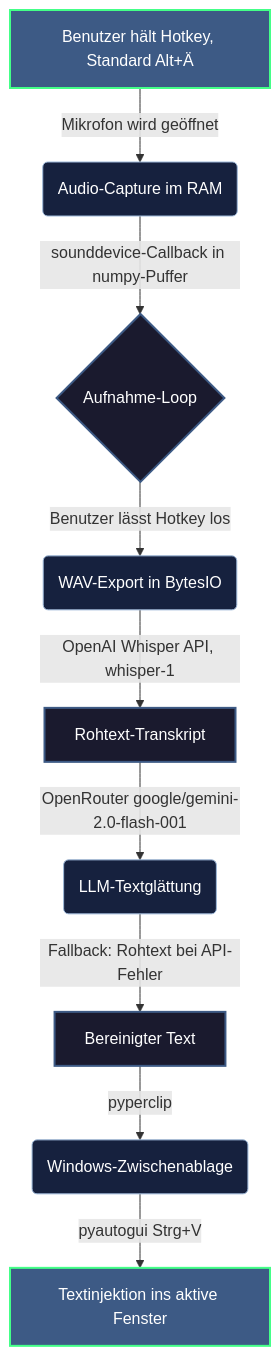
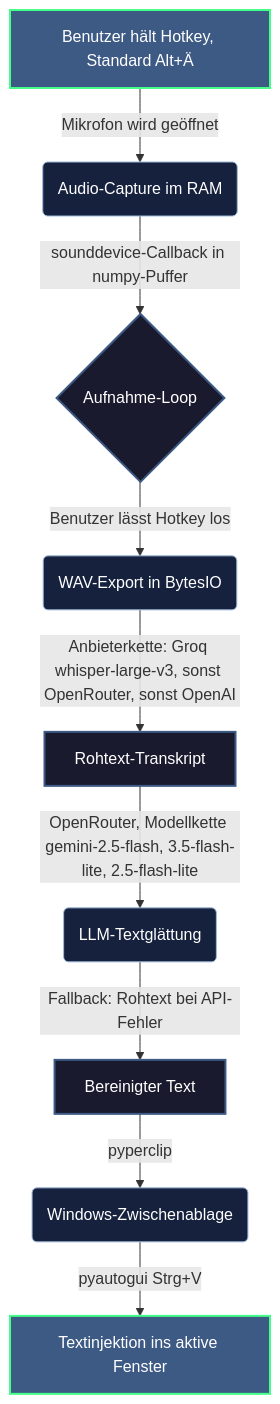
Before and after one commit to HeartledAgentEngineer/it-ot-agentic-engineering: the diagram in 02_Softwareentwicklung_IT/typeFREE/README.md, drawn with Mermaid. The commit also changed other lines of this file and 7 other files, not shown here.

````diff
--- a/02_Softwareentwicklung_IT/typeFREE/README.md
+++ b/02_Softwareentwicklung_IT/typeFREE/README.md
@@ -25,19 +44,19 @@
 ```mermaid
 graph TD
     %% Styling
     classDef default fill:#1a1a2e,stroke:#3d5a85,stroke-width:2px,color:#ffffff;
     classDef process fill:#16213e,stroke:#9db8d9,stroke-width:1px,color:#ffffff;
     classDef highlight fill:#3d5a85,stroke:#44ff88,stroke-width:2px,color:#ffffff;
 
     A[Benutzer hält Hotkey, Standard Alt+Ä] -->|Mikrofon wird geöffnet| B(Audio-Capture im RAM)
     B -->|sounddevice-Callback in numpy-Puffer| C{Aufnahme-Loop}
     C -->|Benutzer lässt Hotkey los| D(WAV-Export in BytesIO)
-    D -->|OpenAI Whisper API, whisper-1| E[Rohtext-Transkript]
-    E -->|OpenRouter google/gemini-2.0-flash-001| F(LLM-Textglättung)
+    D -->|Anbieterkette: Groq whisper-large-v3, sonst OpenRouter, sonst OpenAI| E[Rohtext-Transkript]
+    E -->|OpenRouter, Modellkette gemini-2.5-flash, 3.5-flash-lite, 2.5-flash-lite| F(LLM-Textglättung)
     F -->|Fallback: Rohtext bei API-Fehler| G[Bereinigter Text]
     G -->|pyperclip| H(Windows-Zwischenablage)
     H -->|pyautogui Strg+V| I[Textinjektion ins aktive Fenster]
 
     class A,I highlight;
     class B,D,F,H process;
 ```
````
